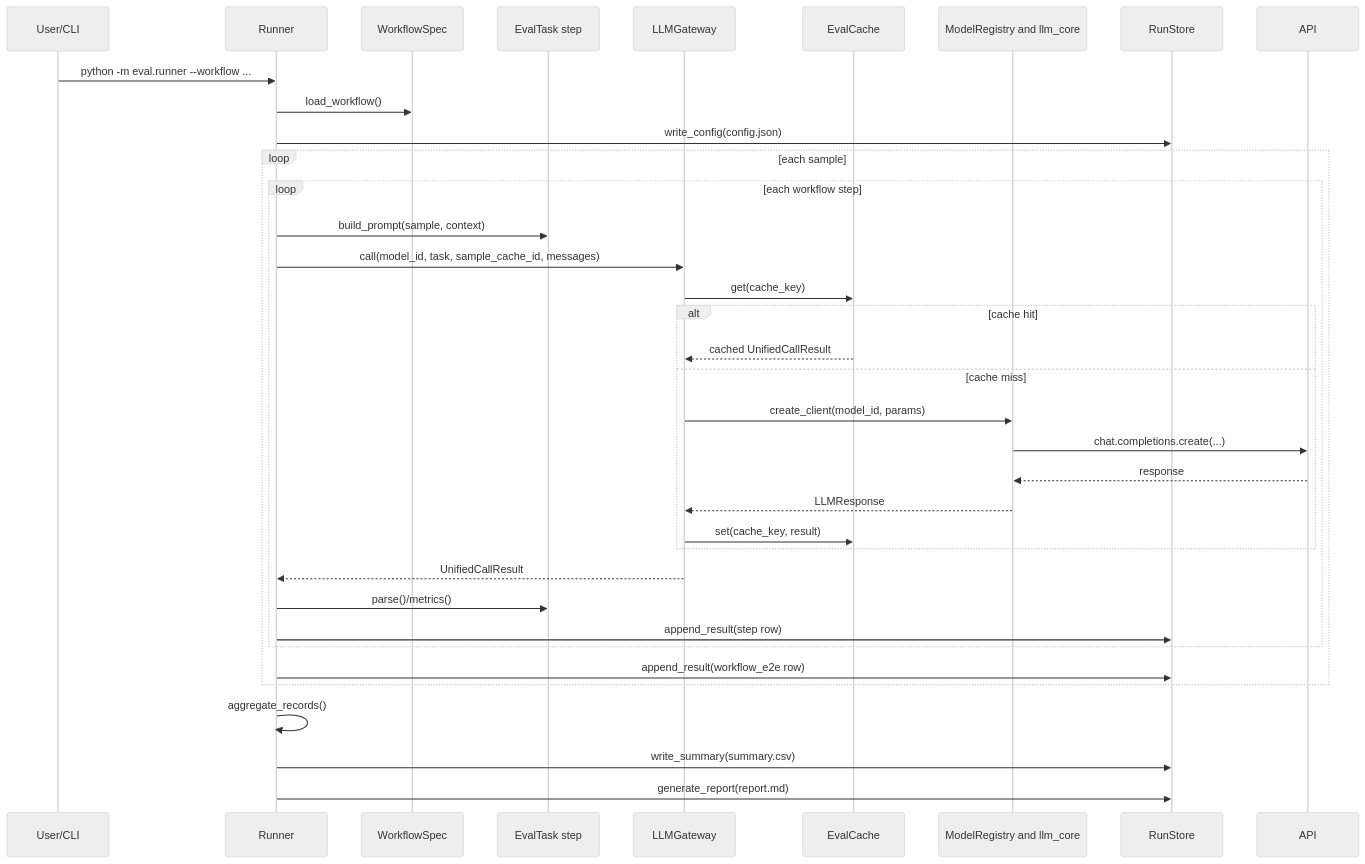
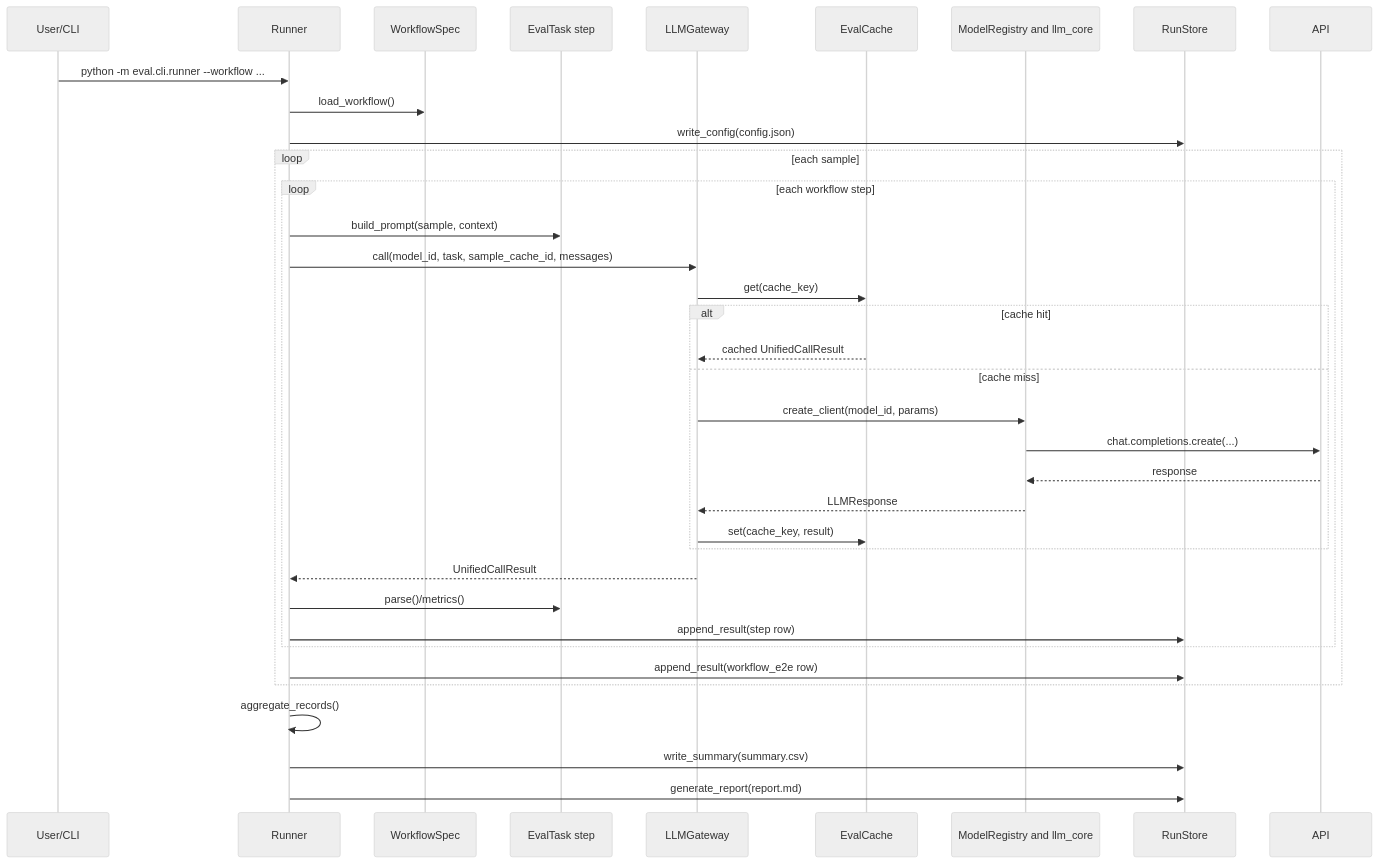
The second of 2 diagrams in docs/system_architecture.md (TianMeet/llm-benchmark-2-news), drawn with Mermaid (neutral theme) before and after one commit. The commit also changed other lines of this file and 31 other files, not shown here.

````diff
--- a/docs/system_architecture.md
+++ b/docs/system_architecture.md
@@ -145,41 +145,41 @@
 ```mermaid
 sequenceDiagram
   participant U as User/CLI
   participant R as Runner
   participant W as WorkflowSpec
   participant T as EvalTask step
   participant G as LLMGateway
   participant C as EvalCache
   participant M as ModelRegistry and llm_core
   participant S as RunStore
   participant A as API
 
-  U->>R: python -m eval.runner --workflow ...
+  U->>R: python -m eval.cli.runner --workflow ...
   R->>W: load_workflow()
   R->>S: write_config(config.json)
 
   loop each sample
     loop each workflow step
       R->>T: build_prompt(sample, context)
       R->>G: call(model_id, task, sample_cache_id, messages)
       G->>C: get(cache_key)
       alt cache hit
         C-->>G: cached UnifiedCallResult
       else cache miss
         G->>M: create_client(model_id, params)
         M->>A: chat.completions.create(...)
         A-->>M: response
         M-->>G: LLMResponse
         G->>C: set(cache_key, result)
       end
       G-->>R: UnifiedCallResult
       R->>T: parse()/metrics()
       R->>S: append_result(step row)
     end
     R->>S: append_result(workflow_e2e row)
   end
 
   R->>R: aggregate_records()
   R->>S: write_summary(summary.csv)
   R->>S: generate_report(report.md)
 ```
````
